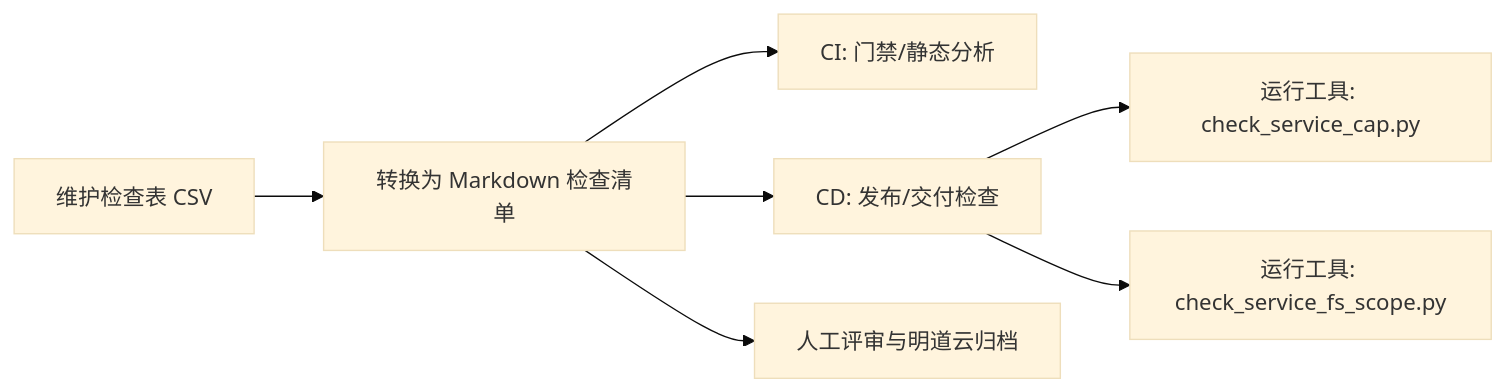
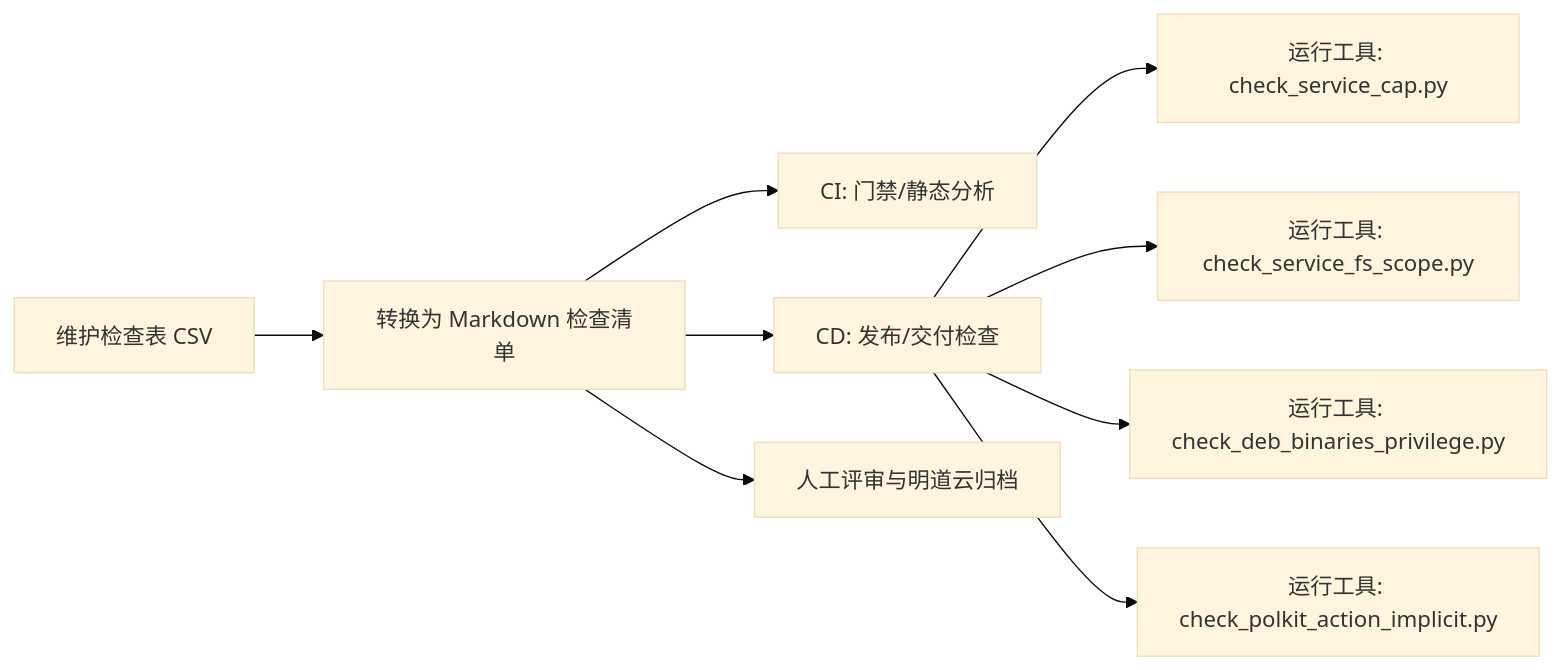
Before and after one commit to KT-lcz/dbus-serurity-check: the first of 2 diagrams in doc/architecture.md, drawn with Mermaid (base theme). The commit also changed other lines of this file and 5 other files, not shown here.

````diff
--- a/doc/architecture.md
+++ b/doc/architecture.md
@@ -19,9 +21,11 @@
 ```mermaid
 flowchart LR
   A[维护检查表 CSV] --> B[转换为 Markdown 检查清单]
   B --> C[CI: 门禁/静态分析]
   B --> D[CD: 发布/交付检查]
   B --> E[人工评审与明道云归档]
   D --> F[运行工具: check_service_cap.py]
   D --> G[运行工具: check_service_fs_scope.py]
+  D --> H[运行工具: check_deb_binaries_privilege.py]
+  D --> I[运行工具: check_polkit_action_implicit.py]
 ```
````
